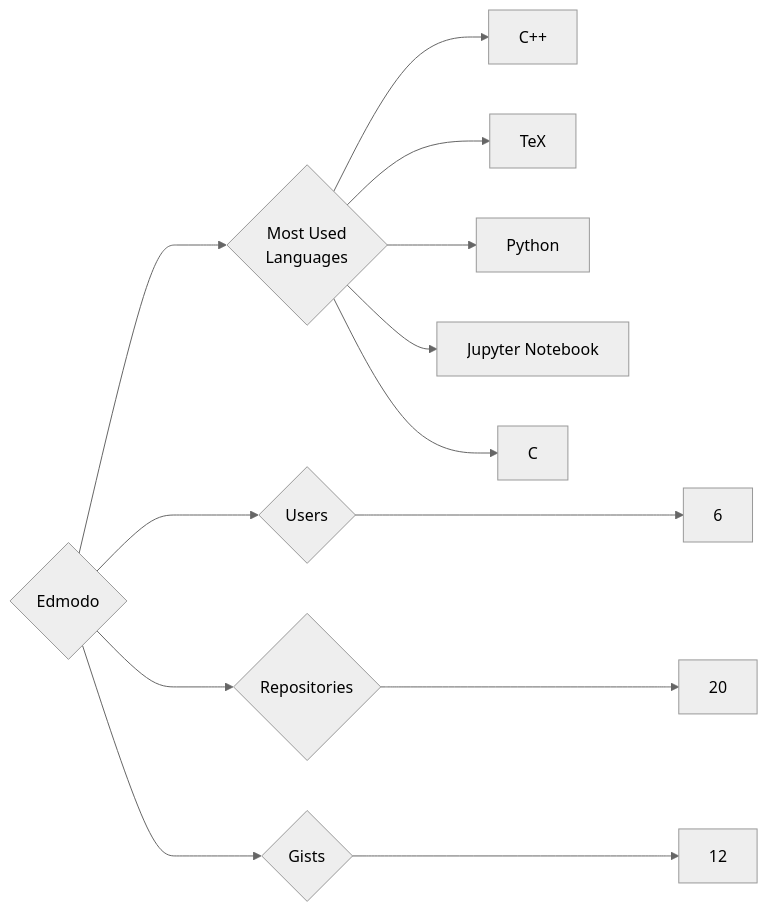
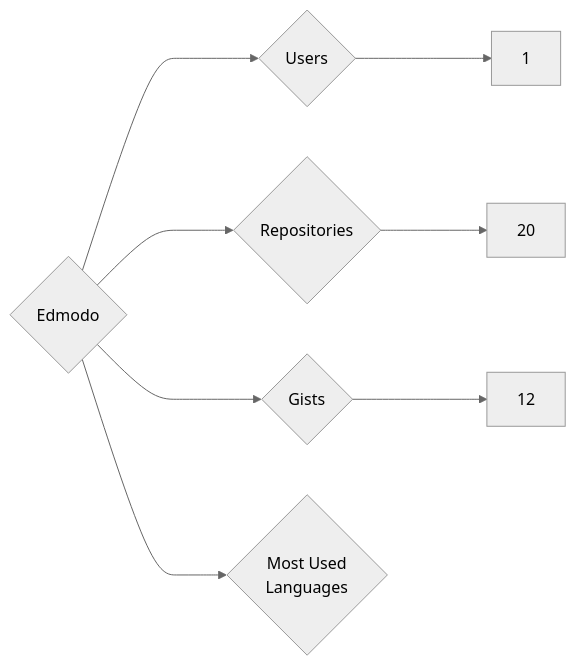
The diagram in targets/Edmodo/README.md (trickest/insiders), drawn with Mermaid (neutral theme) before and after one commit. The commit also changed 993 other files, not shown here.

````diff
--- a/targets/Edmodo/README.md
+++ b/targets/Edmodo/README.md
@@ -3,13 +3,8 @@
 ```mermaid
 graph LR
 COMPANY_NAME{Edmodo}
-COMPANY_NAME ---> U{Users} ---> UN[6]
+COMPANY_NAME ---> U{Users} ---> UN[1]
 COMPANY_NAME ---> R{Repositories} ---> RN[20]
 COMPANY_NAME ---> G{Gists} ---> GN[12]
 COMPANY_NAME ---> ML{Most Used<br>Languages}
-ML --> C++[C++]
-ML --> TeX[TeX]
-ML --> Python[Python]
-ML --> Jupyter_Notebook[Jupyter Notebook]
-ML --> C[C]
 ```
````
